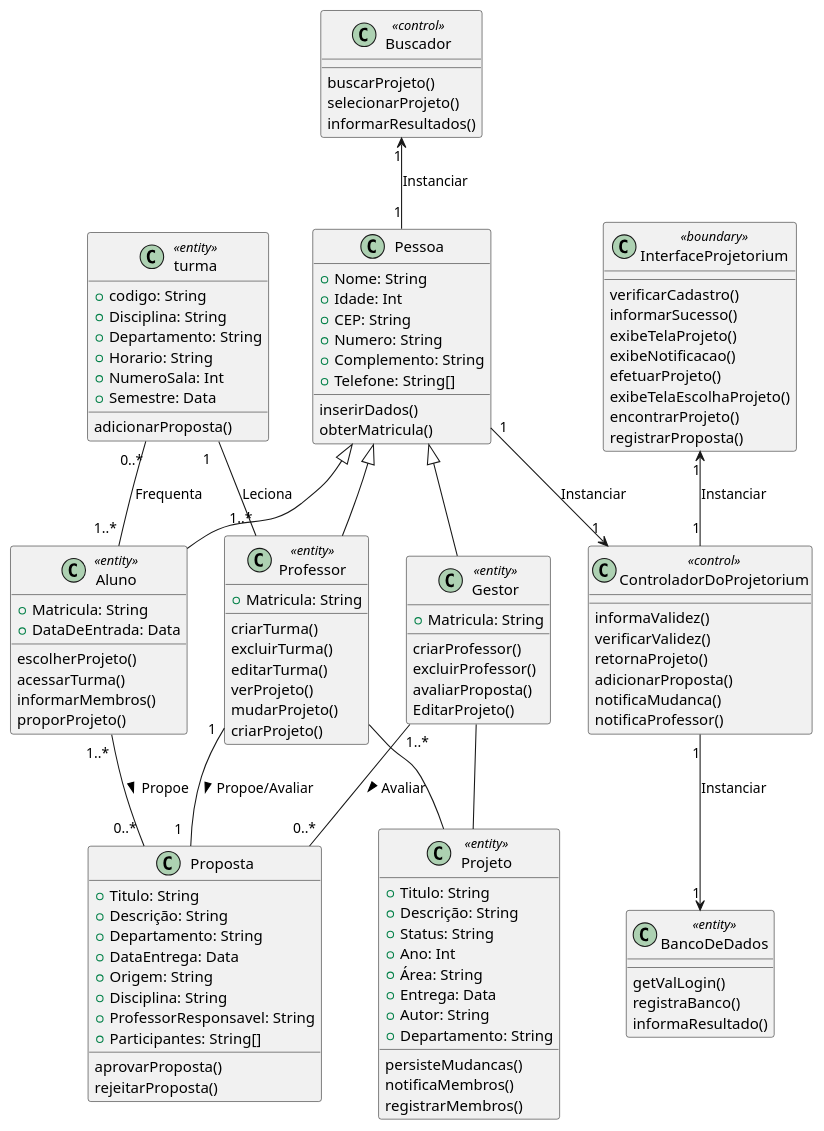
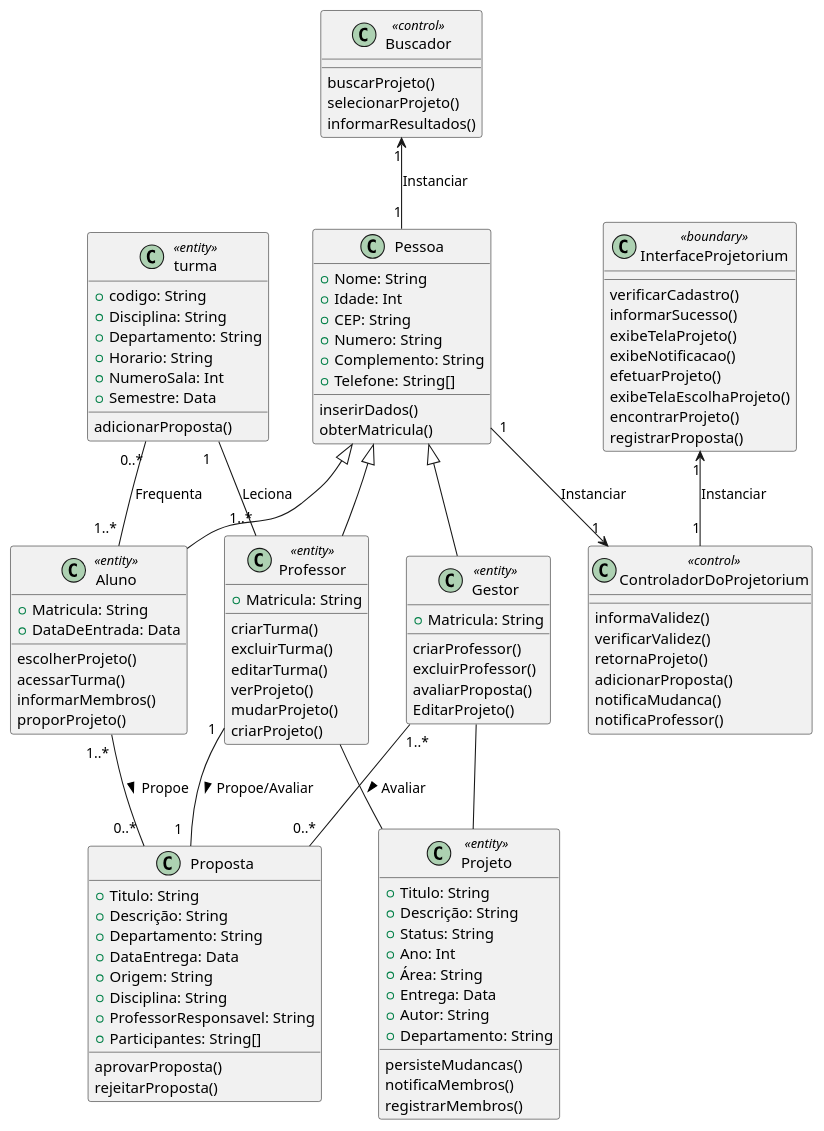
Before and after one commit to Pedro-V/projetorium: the diagram in diagramas/classe_projeto.puml, drawn with PlantUML. The commit also changed other lines of this file, not shown here.

```diff
--- a/diagramas/classe_projeto.puml
+++ b/diagramas/classe_projeto.puml
@@ -1,129 +1,123 @@
 @startuml ClasseDeProjeto
 
     class Pessoa{
         +Nome: String
         +Idade: Int
         +CEP: String
         +Numero: String
         +Complemento: String
         +Telefone: String[]
         inserirDados()
         obterMatricula()
     }
 
     class Professor <<entity>>{
         +Matricula: String 
         criarTurma()
         excluirTurma()
         editarTurma()
         verProjeto()
         mudarProjeto()
         criarProjeto()
     }
 
     class Aluno <<entity>>{
         +Matricula: String
         +DataDeEntrada: Data
         escolherProjeto()
         acessarTurma()
         informarMembros()
         proporProjeto()
     }
 
     class Gestor <<entity>>{
         +Matricula: String
         criarProfessor()
         excluirProfessor()
         avaliarProposta()
         EditarProjeto()
     }
 
     class Projeto <<entity>>{
         +Titulo: String
         +Descrição: String
         +Status: String
         +Ano: Int
         +Área: String
         +Entrega: Data
         +Autor: String
         +Departamento: String
         persisteMudancas()
         notificaMembros()
         registrarMembros()
     }
 
     class turma <<entity>>{
         +codigo: String
         +Disciplina: String
         +Departamento: String
         +Horario: String
         +NumeroSala: Int
         +Semestre: Data
         adicionarProposta()
     }
 
     class Proposta{
         +Titulo: String
         +Descrição: String
         +Departamento: String
         +DataEntrega: Data
         +Origem: String
         +Disciplina: String
         +ProfessorResponsavel: String
         +Participantes: String[]
         aprovarProposta()
         rejeitarProposta()
 
     }
 
     class Buscador <<control>> {
     buscarProjeto()
     selecionarProjeto()
     informarResultados()
 }
     
     class InterfaceProjetorium <<boundary>>{
         verificarCadastro()
         informarSucesso()
         exibeTelaProjeto()
         exibeNotificacao()
         efetuarProjeto()
         exibeTelaEscolhaProjeto()
         encontrarProjeto()
         registrarProposta()
     }
     class ControladorDoProjetorium <<control>>{
         informaValidez()
         verificarValidez()
         retornaProjeto()
         adicionarProposta()
         notificaMudanca()
         notificaProfessor()
         
     }
 
-    class BancoDeDados <<entity>> {
-        getValLogin()
-        registraBanco()
-        informaResultado()
-    }
 
     Pessoa <|-- Professor
     Pessoa <|-- Aluno
     Pessoa <|-- Gestor
     Buscador "1" <-- "1" Pessoa: Instanciar
     Pessoa "1" --> "1" ControladorDoProjetorium: Instanciar
     InterfaceProjetorium "1" <-- "1" ControladorDoProjetorium: Instanciar
-    ControladorDoProjetorium "1" --> "1" BancoDeDados: Instanciar
 
     Aluno "1..* " -- "0..* " Proposta: Propoe >
     Gestor "1..*      "  -- "      0..*" Proposta : Avaliar >
     Professor "1" --  "1  " Proposta: Propoe/Avaliar >
 
     Gestor  --  Projeto
     Professor  --  Projeto
 
     turma "0..*" -- "1..* " Aluno : Frequenta
     turma "1   "-- "1..*" Professor: Leciona
 
 @enduml
```
